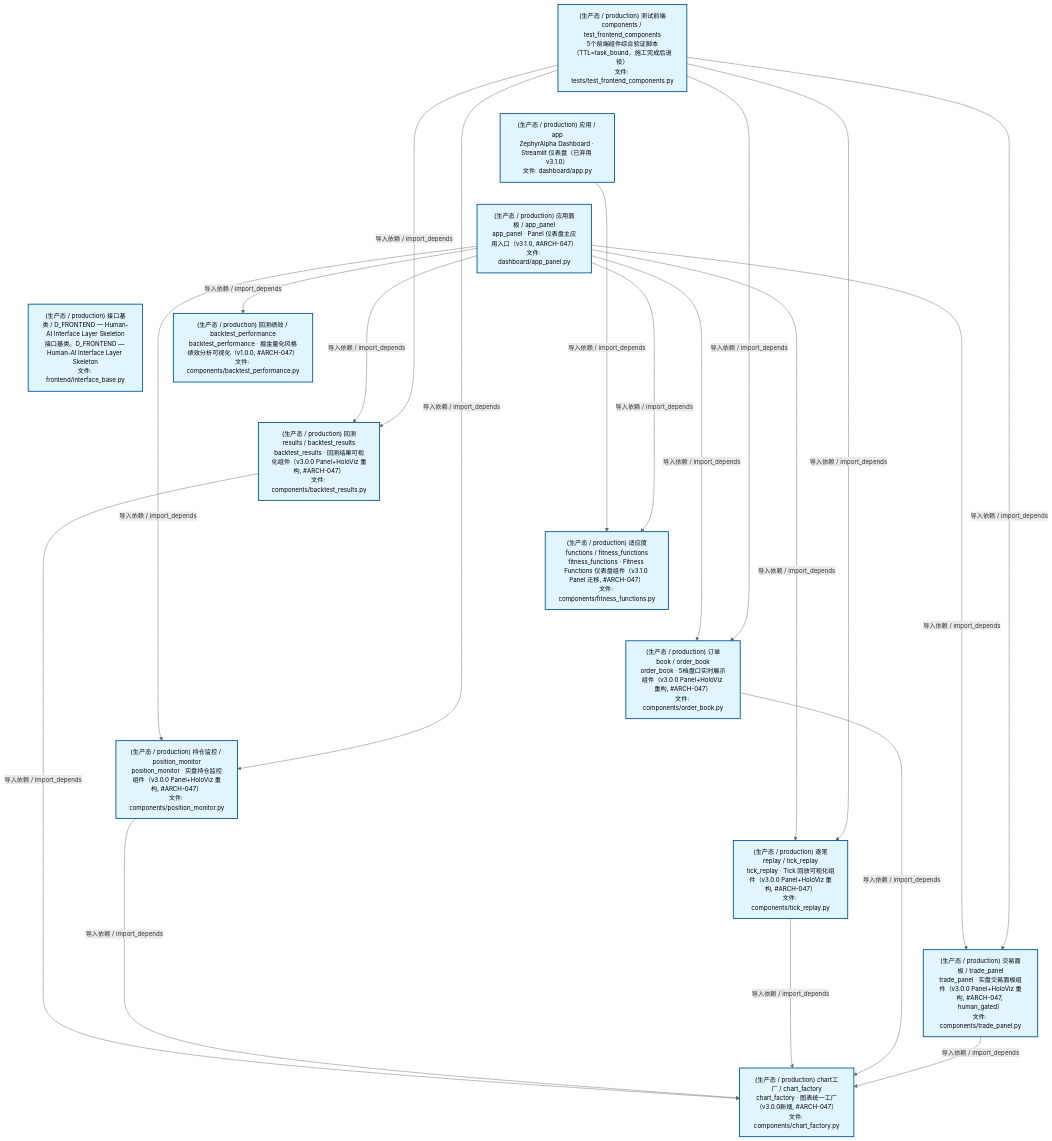
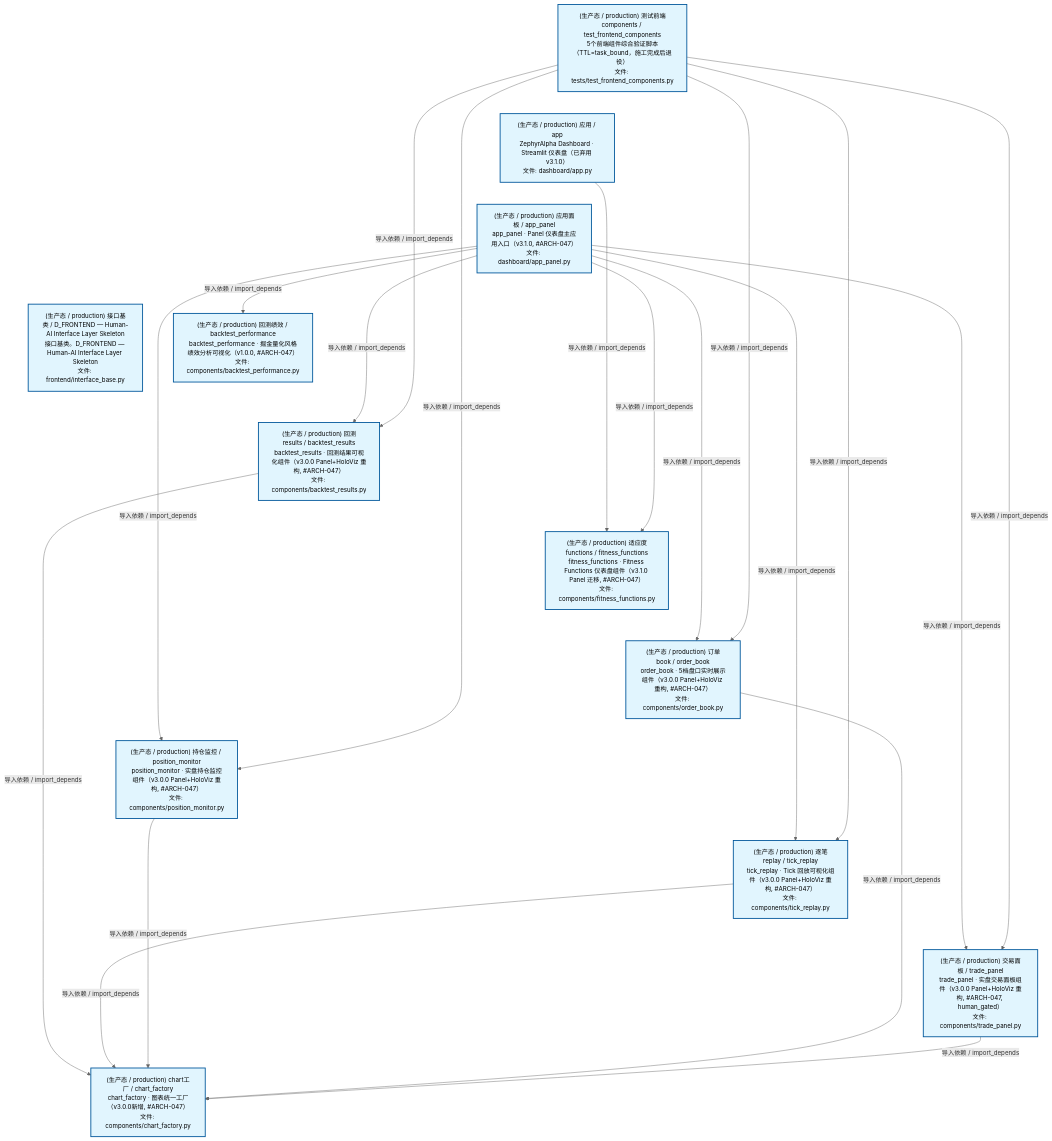
Before and after one commit to xuanFelixVan/ZephyrAlpha: the second of 4 diagrams in docs/02_enterprise_architecture/02_domain_architecture_docs/47_d_frontend.md, drawn with Mermaid. The commit also changed other lines of this file and 36 other files, not shown here.

````diff
--- a/docs/02_enterprise_architecture/02_domain_architecture_docs/47_d_frontend.md
+++ b/docs/02_enterprise_architecture/02_domain_architecture_docs/47_d_frontend.md
@@ -124,48 +124,48 @@
 ```mermaid
 %%{init: {'theme': 'base', 'themeVariables': {'primaryColor': '#eaeaea', 'primaryTextColor': '#333333', 'primaryBorderColor': '#666666', 'lineColor': '#666666', 'secondaryColor': '#eaeaea', 'tertiaryColor': '#eaeaea', 'fontSize': '14px'}}}%%
 flowchart TD
     scripts_tests_test_frontend_components_py["(生产态 / production) 测试前端components / test_frontend_components<br/>5个前端组件综合验证脚本（TTL=task_bound，施工完成后退役）<br/>文件: tests/test_frontend_components.py"]
     src_zephyr_frontend_dashboard_app_py["(生产态 / production) 应用 / app<br/>ZephyrAlpha Dashboard · Streamlit 仪表盘（已弃用 v3.1.0）<br/>文件: dashboard/app.py"]
     src_zephyr_frontend_dashboard_app_panel_py["(生产态 / production) 应用面板 / app_panel<br/>app_panel · Panel 仪表盘主应用入口（v3.1.0, #ARCH-047）<br/>文件: dashboard/app_panel.py"]
     src_zephyr_frontend_interface_base_py["(生产态 / production) 接口基类 / D_FRONTEND — Human-AI Interface Layer Skeleton<br/>接口基类。D_FRONTEND — Human-AI Interface Layer Skeleton<br/>文件: frontend/interface_base.py"]
     scripts_tests_test_frontend_components_py ~~~ src_zephyr_frontend_dashboard_app_py
     src_zephyr_frontend_dashboard_app_py ~~~ src_zephyr_frontend_dashboard_app_panel_py
     src_zephyr_frontend_dashboard_app_panel_py ~~~ src_zephyr_frontend_interface_base_py
     src_zephyr_frontend_dashboard_components_backtest_performance_py["(生产态 / production) 回测绩效 / backtest_performance<br/>backtest_performance · 掘金量化风格绩效分析可视化（v1.0.0, #ARCH-047）<br/>文件: components/backtest_performance.py"]
     src_zephyr_frontend_dashboard_components_backtest_results_py["(生产态 / production) 回测results / backtest_results<br/>backtest_results · 回测结果可视化组件（v3.0.0 Panel+HoloViz 重构, #ARCH-047）<br/>文件: components/backtest_results.py"]
     src_zephyr_frontend_dashboard_components_fitness_functions_py["(生产态 / production) 适应度functions / fitness_functions<br/>fitness_functions · Fitness Functions 仪表盘组件（v3.1.0 Panel 迁移, #ARCH-047）<br/>文件: components/fitness_functions.py"]
     src_zephyr_frontend_dashboard_components_order_book_py["(生产态 / production) 订单book / order_book<br/>order_book · 5档盘口实时展示组件（v3.0.0 Panel+HoloViz 重构, #ARCH-047）<br/>文件: components/order_book.py"]
     src_zephyr_frontend_dashboard_components_position_monitor_py["(生产态 / production) 持仓监控 / position_monitor<br/>position_monitor · 实盘持仓监控组件（v3.0.0 Panel+HoloViz 重构, #ARCH-047）<br/>文件: components/position_monitor.py"]
     src_zephyr_frontend_dashboard_components_tick_replay_py["(生产态 / production) 逐笔replay / tick_replay<br/>tick_replay · Tick 回放可视化组件（v3.0.0 Panel+HoloViz 重构, #ARCH-047）<br/>文件: components/tick_replay.py"]
     src_zephyr_frontend_dashboard_components_trade_panel_py["(生产态 / production) 交易面板 / trade_panel<br/>trade_panel · 实盘交易面板组件（v3.0.0 Panel+HoloViz 重构, #ARCH-047, human_gated）<br/>文件: components/trade_panel.py"]
     src_zephyr_frontend_dashboard_components_backtest_performance_py ~~~ src_zephyr_frontend_dashboard_components_backtest_results_py
     src_zephyr_frontend_dashboard_components_backtest_results_py ~~~ src_zephyr_frontend_dashboard_components_fitness_functions_py
     src_zephyr_frontend_dashboard_components_fitness_functions_py ~~~ src_zephyr_frontend_dashboard_components_order_book_py
     src_zephyr_frontend_dashboard_components_order_book_py ~~~ src_zephyr_frontend_dashboard_components_position_monitor_py
     src_zephyr_frontend_dashboard_components_position_monitor_py ~~~ src_zephyr_frontend_dashboard_components_tick_replay_py
     src_zephyr_frontend_dashboard_components_tick_replay_py ~~~ src_zephyr_frontend_dashboard_components_trade_panel_py
     src_zephyr_frontend_dashboard_components_chart_factory_py["(生产态 / production) chart工厂 / chart_factory<br/>chart_factory · 图表统一工厂（v3.0.0新增, #ARCH-047）<br/>文件: components/chart_factory.py"]
-    src_zephyr_frontend_dashboard_components_backtest_results_py -->|导入依赖 / import_depends| src_zephyr_frontend_dashboard_components_chart_factory_py
     src_zephyr_frontend_dashboard_app_py -->|导入依赖 / import_depends| src_zephyr_frontend_dashboard_components_fitness_functions_py
+    src_zephyr_frontend_dashboard_app_panel_py -->|导入依赖 / import_depends| src_zephyr_frontend_dashboard_components_fitness_functions_py
     src_zephyr_frontend_dashboard_app_panel_py -->|导入依赖 / import_depends| src_zephyr_frontend_dashboard_components_backtest_results_py
     src_zephyr_frontend_dashboard_app_panel_py -->|导入依赖 / import_depends| src_zephyr_frontend_dashboard_components_backtest_performance_py
+    src_zephyr_frontend_dashboard_app_panel_py -->|导入依赖 / import_depends| src_zephyr_frontend_dashboard_components_tick_replay_py
     src_zephyr_frontend_dashboard_app_panel_py -->|导入依赖 / import_depends| src_zephyr_frontend_dashboard_components_position_monitor_py
-    src_zephyr_frontend_dashboard_app_panel_py -->|导入依赖 / import_depends| src_zephyr_frontend_dashboard_components_tick_replay_py
-    src_zephyr_frontend_dashboard_app_panel_py -->|导入依赖 / import_depends| src_zephyr_frontend_dashboard_components_fitness_functions_py
     src_zephyr_frontend_dashboard_app_panel_py -->|导入依赖 / import_depends| src_zephyr_frontend_dashboard_components_order_book_py
     src_zephyr_frontend_dashboard_app_panel_py -->|导入依赖 / import_depends| src_zephyr_frontend_dashboard_components_trade_panel_py
+    src_zephyr_frontend_dashboard_components_backtest_results_py -->|导入依赖 / import_depends| src_zephyr_frontend_dashboard_components_chart_factory_py
+    src_zephyr_frontend_dashboard_components_tick_replay_py -->|导入依赖 / import_depends| src_zephyr_frontend_dashboard_components_chart_factory_py
     src_zephyr_frontend_dashboard_components_position_monitor_py -->|导入依赖 / import_depends| src_zephyr_frontend_dashboard_components_chart_factory_py
-    src_zephyr_frontend_dashboard_components_tick_replay_py -->|导入依赖 / import_depends| src_zephyr_frontend_dashboard_components_chart_factory_py
     src_zephyr_frontend_dashboard_components_order_book_py -->|导入依赖 / import_depends| src_zephyr_frontend_dashboard_components_chart_factory_py
     src_zephyr_frontend_dashboard_components_trade_panel_py -->|导入依赖 / import_depends| src_zephyr_frontend_dashboard_components_chart_factory_py
     scripts_tests_test_frontend_components_py -->|导入依赖 / import_depends| src_zephyr_frontend_dashboard_components_backtest_results_py
+    scripts_tests_test_frontend_components_py -->|导入依赖 / import_depends| src_zephyr_frontend_dashboard_components_tick_replay_py
     scripts_tests_test_frontend_components_py -->|导入依赖 / import_depends| src_zephyr_frontend_dashboard_components_position_monitor_py
-    scripts_tests_test_frontend_components_py -->|导入依赖 / import_depends| src_zephyr_frontend_dashboard_components_tick_replay_py
     scripts_tests_test_frontend_components_py -->|导入依赖 / import_depends| src_zephyr_frontend_dashboard_components_order_book_py
     scripts_tests_test_frontend_components_py -->|导入依赖 / import_depends| src_zephyr_frontend_dashboard_components_trade_panel_py
     classDef production fill:#e1f5fe,stroke:#01579b,stroke-width:2px,color:#000
     classDef design fill:#fff3e0,stroke:#e65100,stroke-width:2px,color:#000,stroke-dasharray: 5 5
     classDef external_prod fill:#e8f4fd,stroke:#0277bd,stroke-width:1px,color:#000
     classDef external_design fill:#fff8e7,stroke:#ef6c00,stroke-width:1px,color:#000,stroke-dasharray: 5 5
     class scripts_tests_test_frontend_components_py,src_zephyr_frontend_dashboard_app_py,src_zephyr_frontend_dashboard_app_panel_py,src_zephyr_frontend_dashboard_components_backtest_performance_py,src_zephyr_frontend_dashboard_components_backtest_results_py,src_zephyr_frontend_dashboard_components_chart_factory_py,src_zephyr_frontend_dashboard_components_fitness_functions_py,src_zephyr_frontend_dashboard_components_order_book_py,src_zephyr_frontend_dashboard_components_position_monitor_py,src_zephyr_frontend_dashboard_components_tick_replay_py,src_zephyr_frontend_dashboard_components_trade_panel_py,src_zephyr_frontend_interface_base_py production
 ```
````
